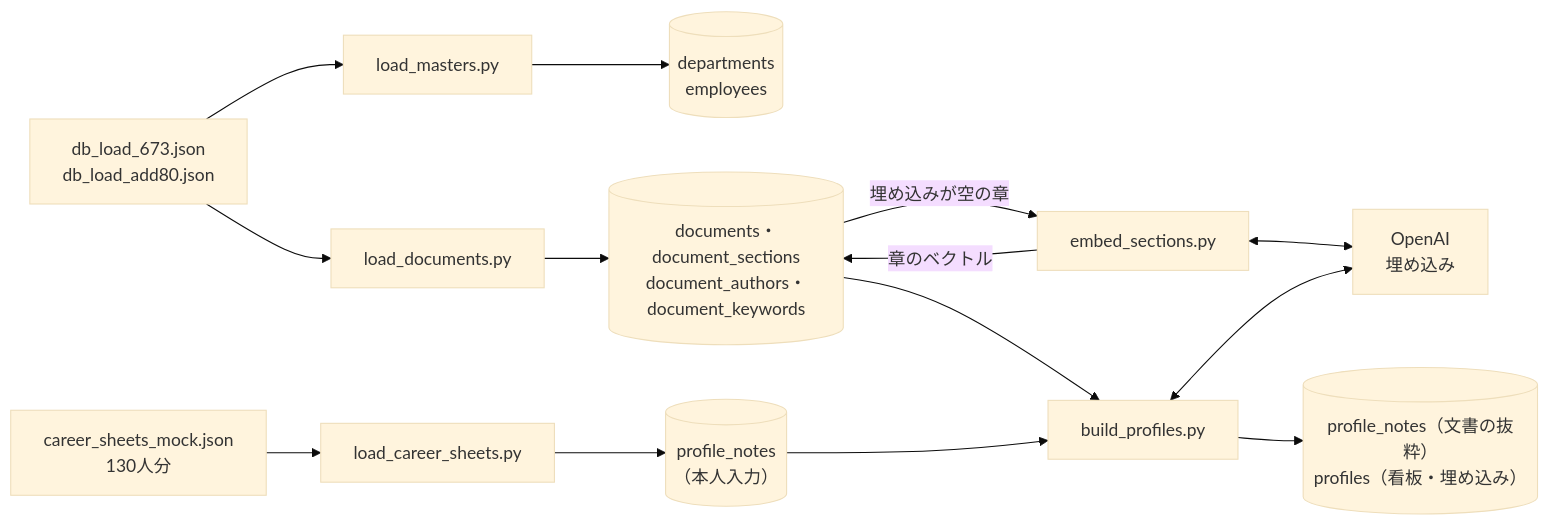
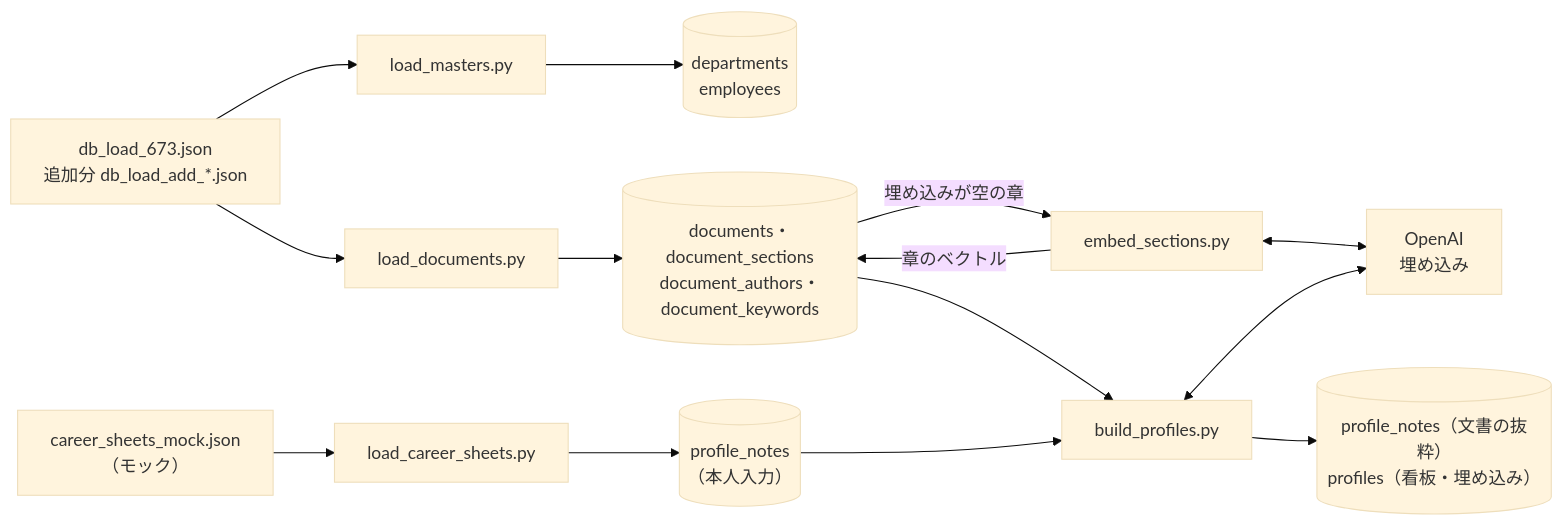
One commit to emon0415/DATA-TRIANGLE_261013 changed the second of 5 diagrams in docs/data_flow.md. Above: the diagram before and after it, drawn with Mermaid (base theme). The commit also changed other lines of this file and 2 other files, not shown here.

Commit message:
構成図の件数を、ナレッジの拡充のあとの数に直す（文書1,483件・章6,335件・看板767人など）

````diff
--- a/docs/data_flow.md
+++ b/docs/data_flow.md
@@ -60,10 +60,10 @@
 ```mermaid
 flowchart LR
-    J["db_load_673.json<br>db_load_add80.json"] --> LM["load_masters.py"] --> T1[("departments<br>employees")]
+    J["db_load_673.json<br>追加分 db_load_add_*.json"] --> LM["load_masters.py"] --> T1[("departments<br>employees")]
     J --> LD["load_documents.py"] --> T2[("documents・document_sections<br>document_authors・document_keywords")]
     T2 -- "埋め込みが空の章" --> ES["embed_sections.py"] -- "章のベクトル" --> T2
-    CS["career_sheets_mock.json<br>130人分"] --> LC["load_career_sheets.py"] --> T3[("profile_notes<br>（本人入力）")]
+    CS["career_sheets_mock.json<br>（モック）"] --> LC["load_career_sheets.py"] --> T3[("profile_notes<br>（本人入力）")]
     T2 & T3 --> BP["build_profiles.py"] --> T4[("profile_notes（文書の抜粋）<br>profiles（看板・埋め込み）")]
     ES <--> OPENAI["OpenAI<br>埋め込み"]
     BP <--> OPENAI
 ```
````
